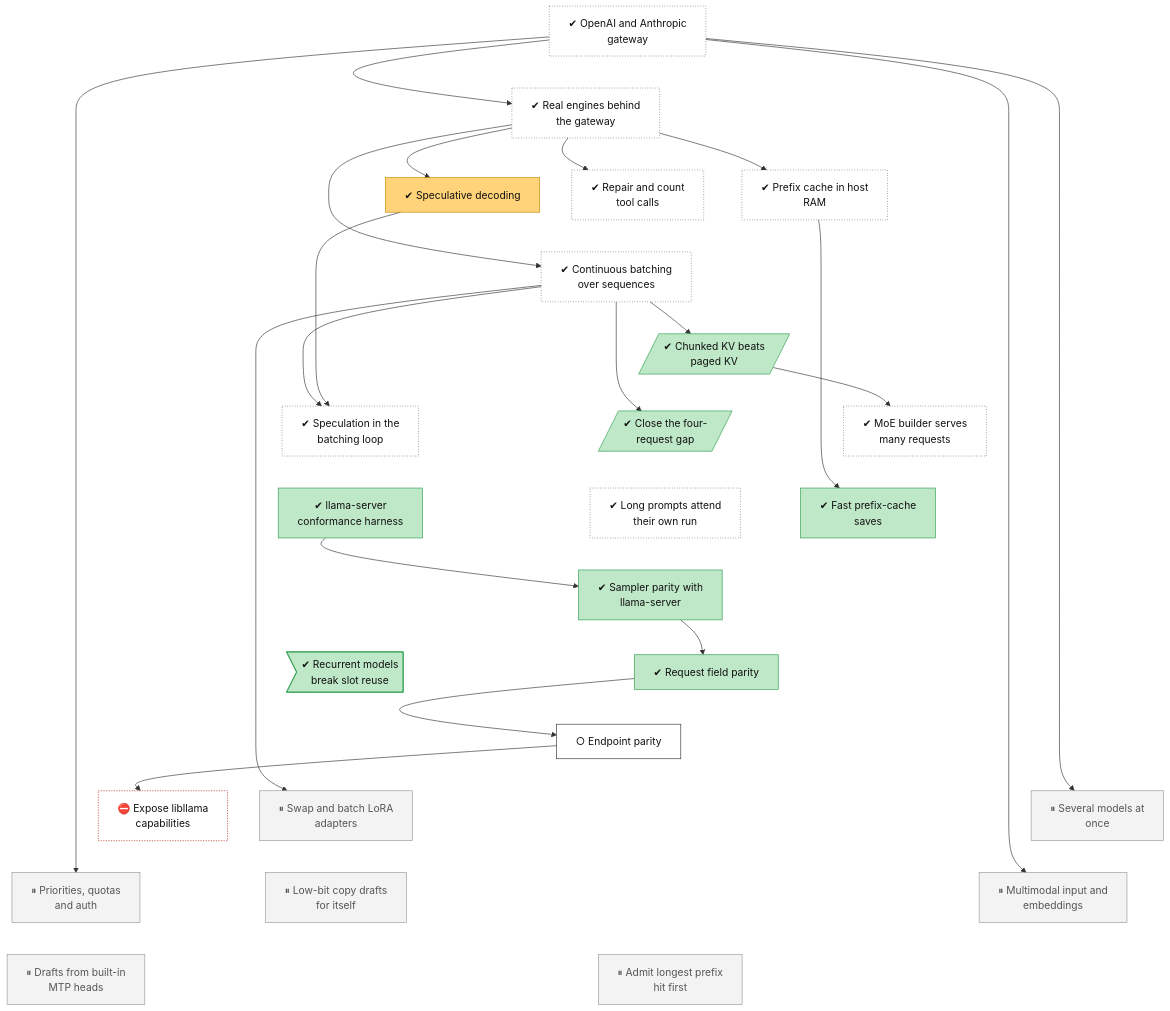
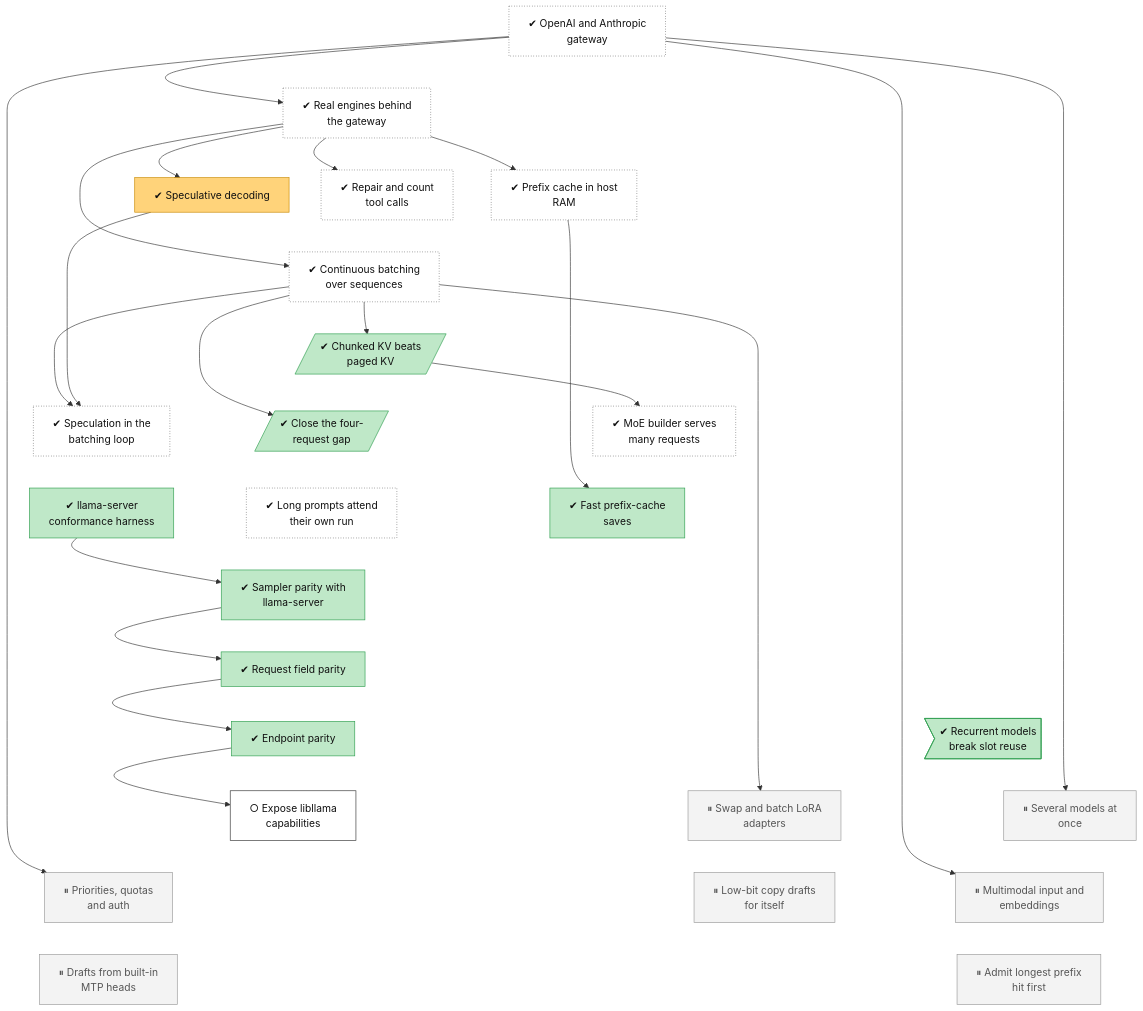
One commit to lhns/tetraeder changed the diagram in docs/roadmap/tracks/serving.md. Above: the diagram before and after it, drawn with Mermaid. The commit also changed other lines of this file and 5 other files, not shown here.

Commit message:
Tree: serving-parity-endpoints done, CI run 45116789518 green on Linux, serving-parity-libllama next; ADR index and matrix result (after M2, ADR 0083 group C; not measured)

````diff
--- a/docs/roadmap/tracks/serving.md
+++ b/docs/roadmap/tracks/serving.md
@@ -24,9 +24,9 @@
     serving_parity_harness["✔ llama-server<br/>conformance harness"]
     serving_parity_sampling["✔ Sampler parity with<br/>llama-server"]
     serving_parity_fields["✔ Request field parity"]
+    serving_parity_endpoints["✔ Endpoint parity"]
     serving_recurrent_reuse>"✔ Recurrent models<br/>break slot reuse"]
-    serving_parity_endpoints["○ Endpoint parity"]
-    serving_parity_libllama["⛔ Expose libllama<br/>capabilities"]
+    serving_parity_libllama["○ Expose libllama<br/>capabilities"]
     serving_multi_model["⏸ Several models at<br/>once"]
     serving_multi_lora["⏸ Swap and batch LoRA<br/>adapters"]
     serving_auth_quotas["⏸ Priorities, quotas<br/>and auth"]
@@ -52,12 +52,11 @@
     serving_own_run_attention ~~~ serving_parity_sampling
     serving_parity_harness ~~~ serving_parity_sampling
     serving_parity_sampling ~~~ serving_parity_fields
-    serving_parity_sampling ~~~ serving_recurrent_reuse
     serving_parity_fields ~~~ serving_parity_endpoints
-    serving_recurrent_reuse ~~~ serving_parity_endpoints
+    serving_parity_fields ~~~ serving_recurrent_reuse
     serving_parity_endpoints ~~~ serving_parity_libllama
-    serving_parity_endpoints ~~~ serving_multi_model
-    serving_parity_endpoints ~~~ serving_multi_lora
+    serving_recurrent_reuse ~~~ serving_multi_model
+    serving_recurrent_reuse ~~~ serving_multi_lora
     serving_parity_libllama ~~~ serving_auth_quotas
     serving_multi_model ~~~ serving_multimodal
     serving_multi_lora ~~~ serving_self_spec
@@ -99,8 +98,7 @@
     classDef waiting fill:#e3f2fd,stroke:#1f6fc5,stroke-dasharray:5 5,color:#111
     class serving_gateway,serving_real_engines,serving_prefix_cache,serving_tool_calls,serving_batching,serving_moe_batch,serving_spec_batching,serving_own_run_attention unrated
     class serving_speculative mixed
-    class serving_kv_layout,serving_c4_gap,serving_prefix_save,serving_parity_harness,serving_parity_sampling,serving_parity_fields,serving_recurrent_reuse succ
-    class serving_parity_endpoints next
-    class serving_parity_libllama blocked
+    class serving_kv_layout,serving_c4_gap,serving_prefix_save,serving_parity_harness,serving_parity_sampling,serving_parity_fields,serving_parity_endpoints,serving_recurrent_reuse succ
+    class serving_parity_libllama next
     class serving_multi_model,serving_multi_lora,serving_auth_quotas,serving_multimodal,serving_self_spec,serving_mtp_drafts,serving_prefix_first parked
 ```
````
